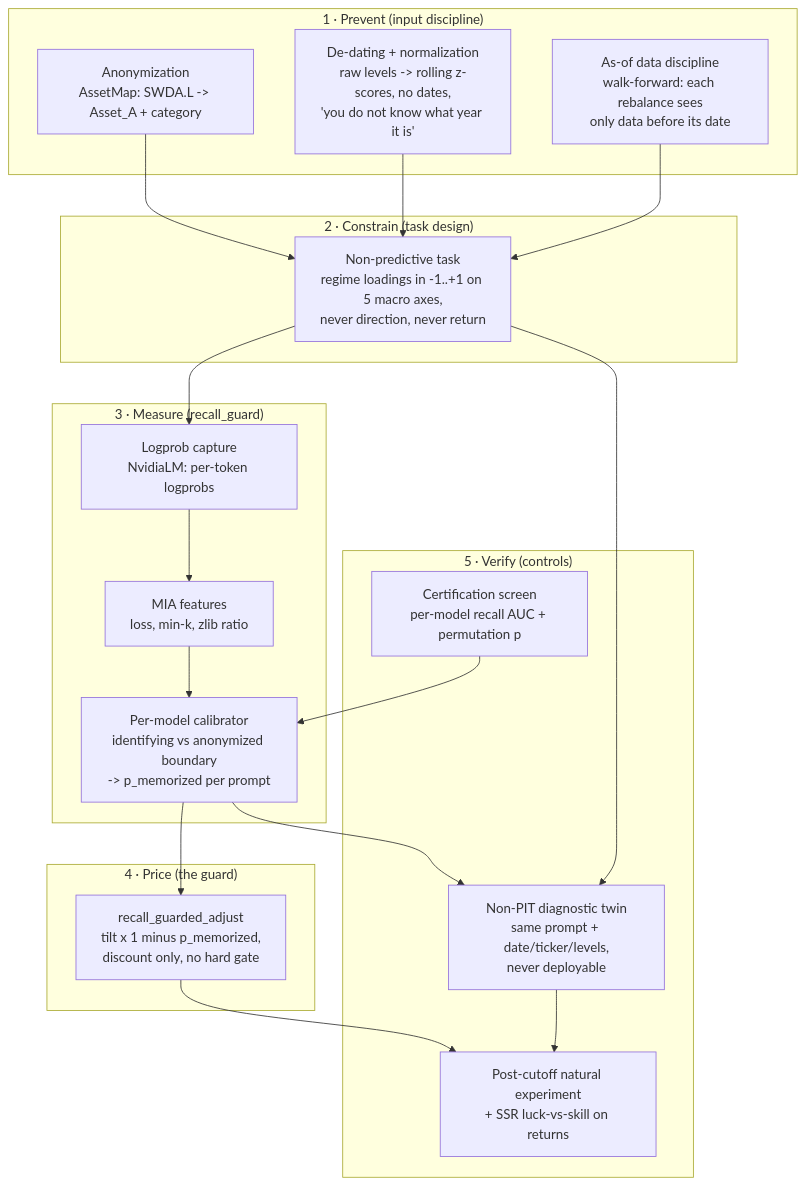
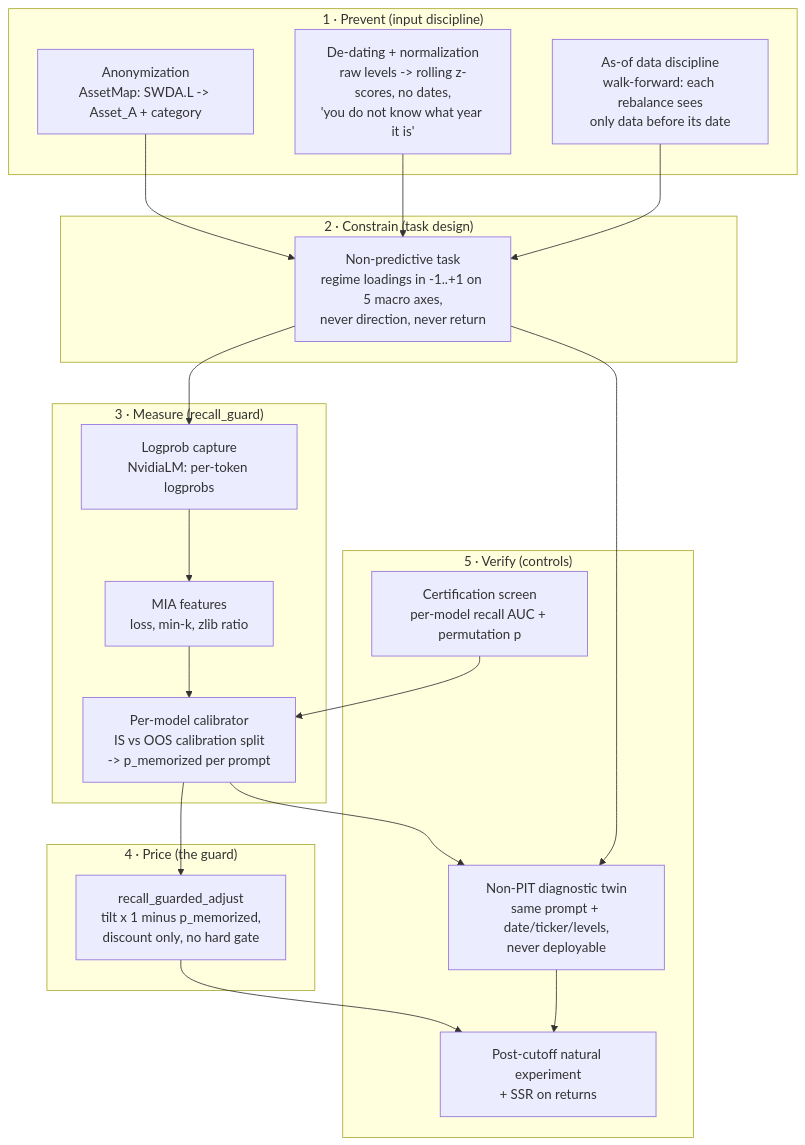
One commit to norandom/memguard_alpha changed the diagram in docs/pit-architecture.md. Above: the diagram before and after it, drawn with Mermaid. The commit also changed other lines of this file and 24 other files, not shown here.

````diff
--- a/docs/pit-architecture.md
+++ b/docs/pit-architecture.md
@@ -24,33 +13,33 @@
 ```mermaid
 graph TB
     subgraph "1 · Prevent (input discipline)"
         A[Anonymization<br/>AssetMap: SWDA.L -> Asset_A + category]
         B[De-dating + normalization<br/>raw levels -> rolling z-scores, no dates,<br/>'you do not know what year it is']
         C[As-of data discipline<br/>walk-forward: each rebalance sees<br/>only data before its date]
     end
     subgraph "2 · Constrain (task design)"
         D[Non-predictive task<br/>regime loadings in -1..+1 on 5 macro axes,<br/>never direction, never return]
     end
     subgraph "3 · Measure (recall_guard)"
         E[Logprob capture<br/>NvidiaLM: per-token logprobs]
         F[MIA features<br/>loss, min-k, zlib ratio]
-        G[Per-model calibrator<br/>identifying vs anonymized boundary<br/>-> p_memorized per prompt]
+        G[Per-model calibrator<br/>IS vs OOS calibration split<br/>-> p_memorized per prompt]
     end
     subgraph "4 · Price (the guard)"
         H[recall_guarded_adjust<br/>tilt x 1 minus p_memorized,<br/>discount only, no hard gate]
     end
     subgraph "5 · Verify (controls)"
         I[Non-PIT diagnostic twin<br/>same prompt + date/ticker/levels,<br/>never deployable]
         J[Certification screen<br/>per-model recall AUC + permutation p]
-        K[Post-cutoff natural experiment<br/>+ SSR luck-vs-skill on returns]
+        K[Post-cutoff natural experiment<br/>+ SSR on returns]
     end
     A --> D
     B --> D
     C --> D
     D --> E --> F --> G --> H
     D --> I
     G --> I
     J --> G
     H --> K
     I --> K
 ```
````
